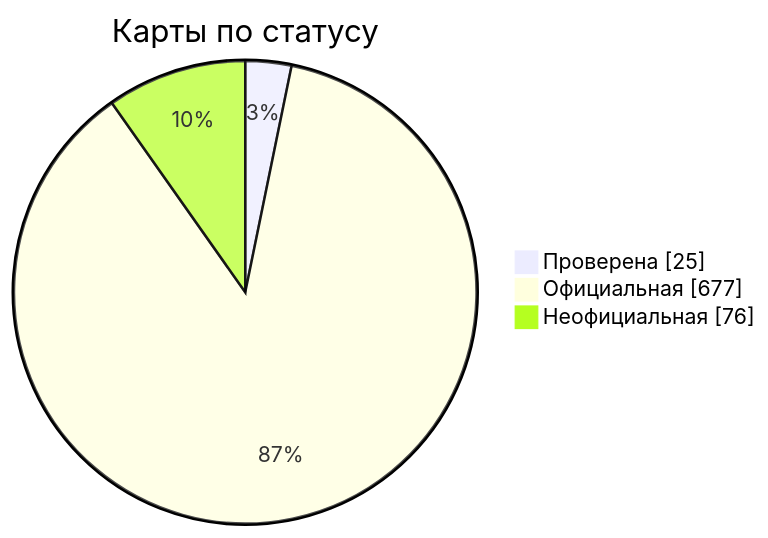
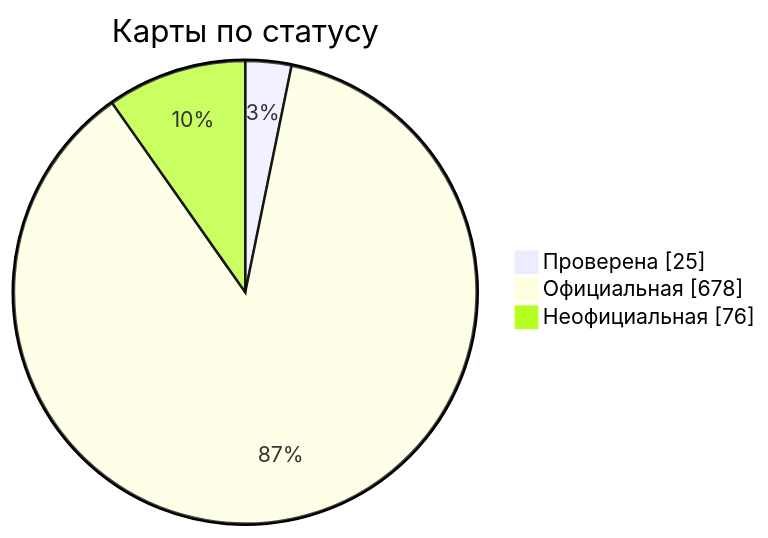
The diagram in docs/readme/README_RU.md (nobrega8/mbmap-library), drawn with Mermaid before and after one commit. The commit also changed 6 other files, not shown here.

````diff
--- a/docs/readme/README_RU.md
+++ b/docs/readme/README_RU.md
@@ -54,7 +54,7 @@
 ```mermaid
 pie showData
     title Карты по статусу
     "Проверена" : 25
-    "Официальная" : 677
+    "Официальная" : 678
     "Неофициальная" : 76
 ```
````
